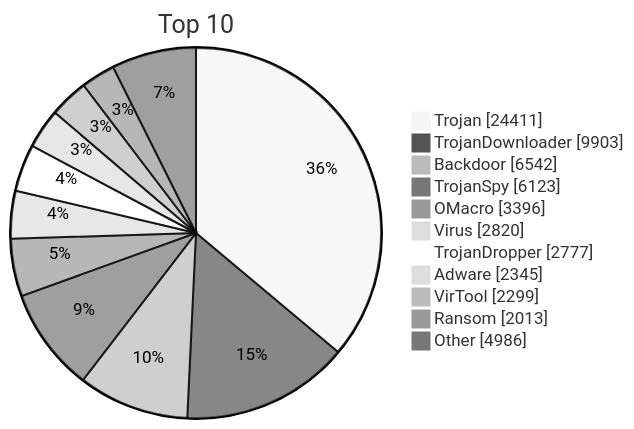
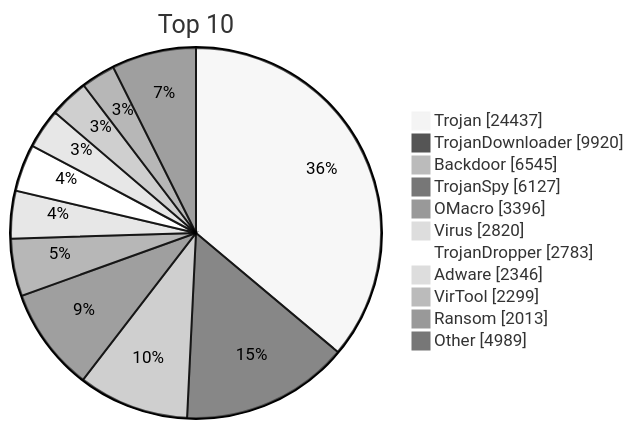
The diagram in README.md (JerryLinLinLin/huorong-virdb-changelog), drawn with Mermaid (neutral theme) before and after one commit. The commit also changed other lines of this file and 15 other files, not shown here.

````diff
--- a/README.md
+++ b/README.md
@@ -19,15 +19,15 @@
 ```mermaid
 pie showData
     title Top 10
-    "Trojan" : 24411
-    "TrojanDownloader" : 9903
-    "Backdoor" : 6542
-    "TrojanSpy" : 6123
+    "Trojan" : 24437
+    "TrojanDownloader" : 9920
+    "Backdoor" : 6545
+    "TrojanSpy" : 6127
     "OMacro" : 3396
     "Virus" : 2820
-    "TrojanDropper" : 2777
-    "Adware" : 2345
+    "TrojanDropper" : 2783
+    "Adware" : 2346
     "VirTool" : 2299
     "Ransom" : 2013
-    "Other" : 4986
+    "Other" : 4989
 ```
````
